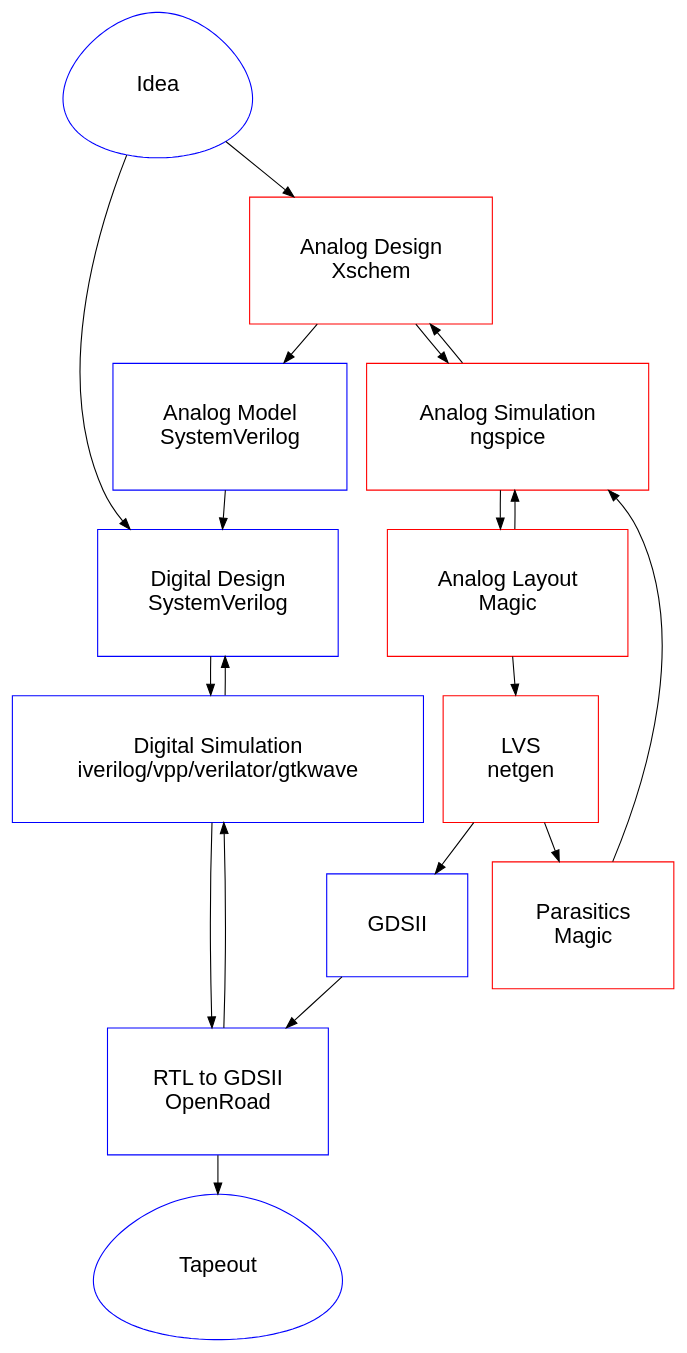
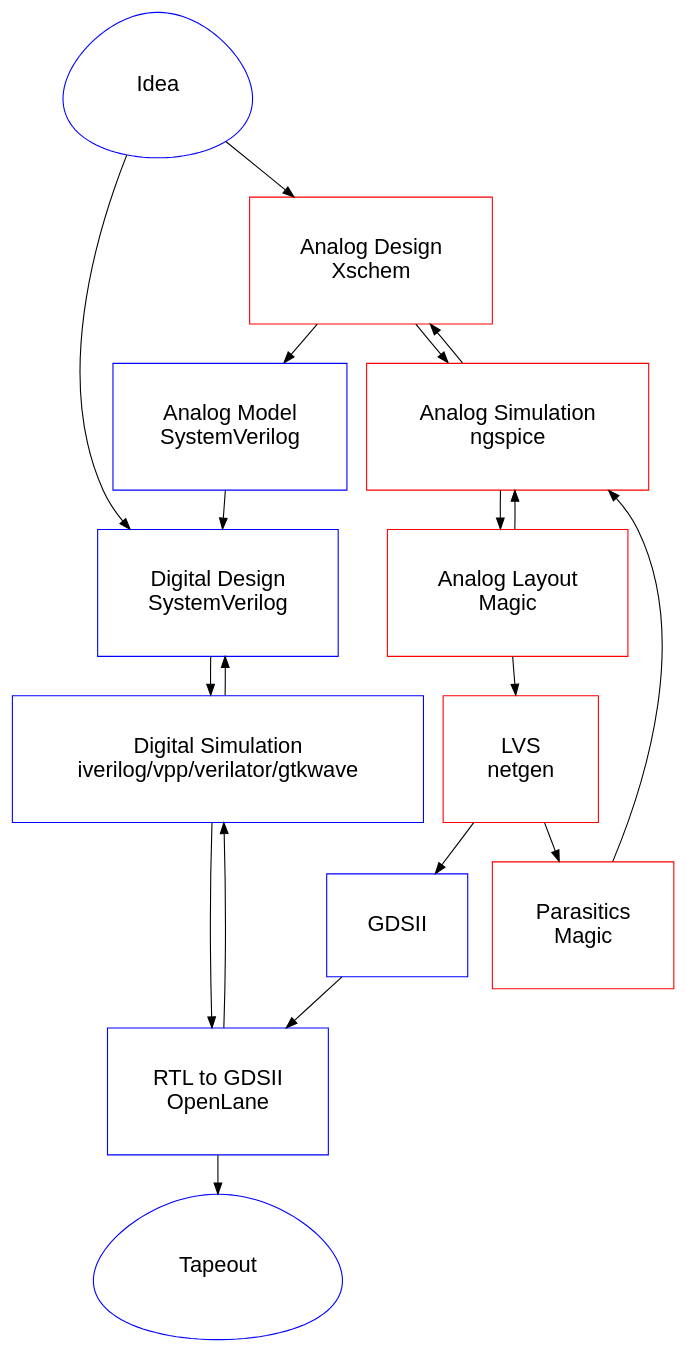
The diagram in dot/dig_des.dot (wulffern/aic2024), drawn with Graphviz before and after one commit. The commit also changed 74 other files, not shown here.

```diff
--- a/dot/dig_des.dot
+++ b/dot/dig_des.dot
@@ -1,32 +1,32 @@
 digraph G{
 
 #rankdir="LR";
 
 node [margin=0.5 color=blue fontcolor=black fontsize=20 width=0.5 shape=box fontname="Helvetica"]
 I [label="Idea",shape=egg]
 D [label="Digital Design \n SystemVerilog"]
 S [label="Digital Simulation \n iverilog/vpp/verilator/gtkwave"]
-PNR [label="RTL to GDSII \nOpenRoad"]
+PNR [label="RTL to GDSII \nOpenLane"]
 TO [label="Tapeout",shape=egg]
 
 AD [label="Analog Design \nXschem" color=red]
 ASV [label="Analog Model \nSystemVerilog" color=blue]
 AS [label="Analog Simulation \nngspice" color=red]
 AL [label="Analog Layout \nMagic" color=red]
 AV [label="LVS\nnetgen" color=red]
 LPE [label="Parasitics\nMagic" color=red]
 AGDS [label="GDSII"]
 
 D -> S -> PNR -> TO
 PNR  -> S -> D
 
 
 AD -> ASV ->  D
 
 I -> AD
 I -> D
 
 AD -> AS -> AL -> AV -> AGDS -> PNR
 AV -> LPE -> AS
 AL -> AS -> AD
 }
```
